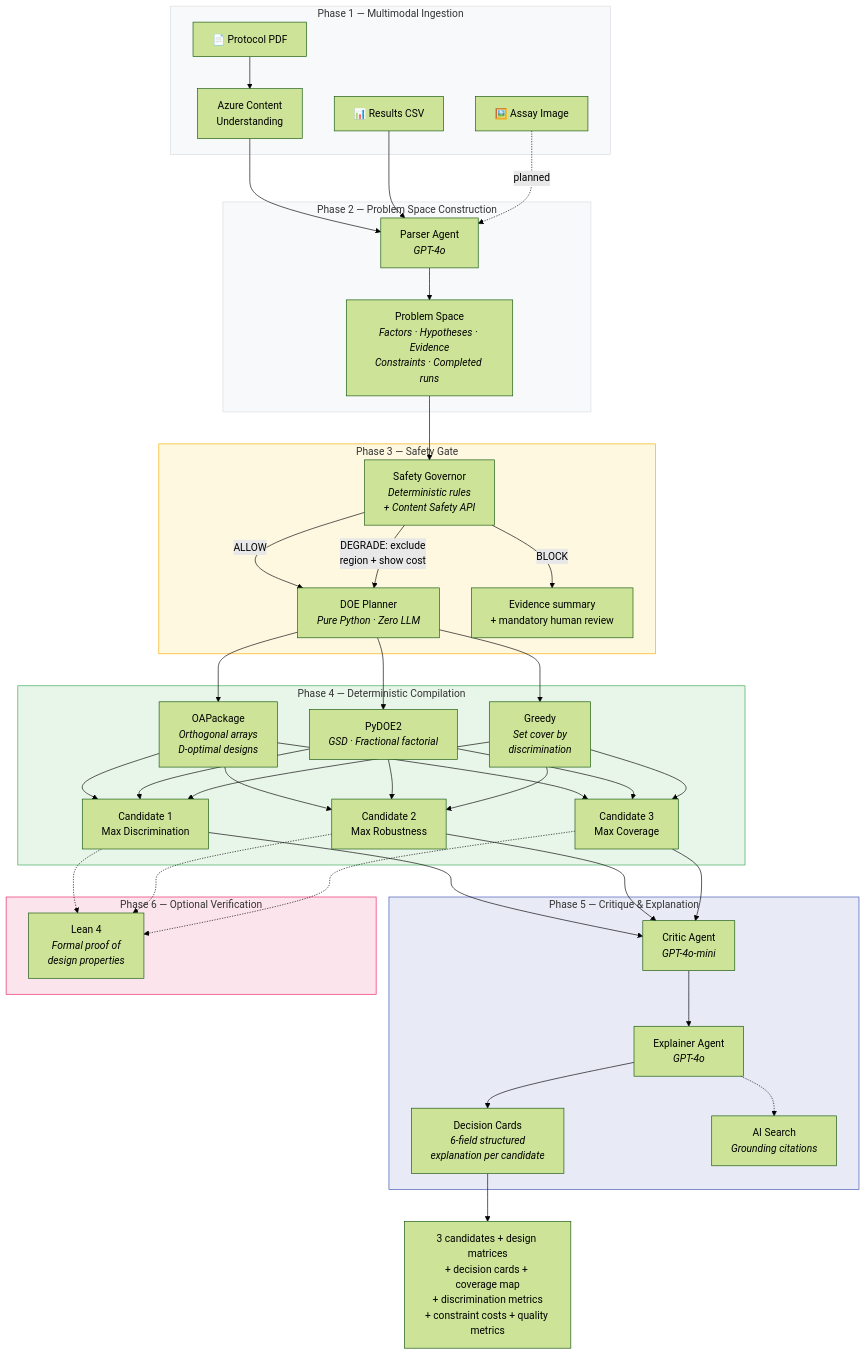
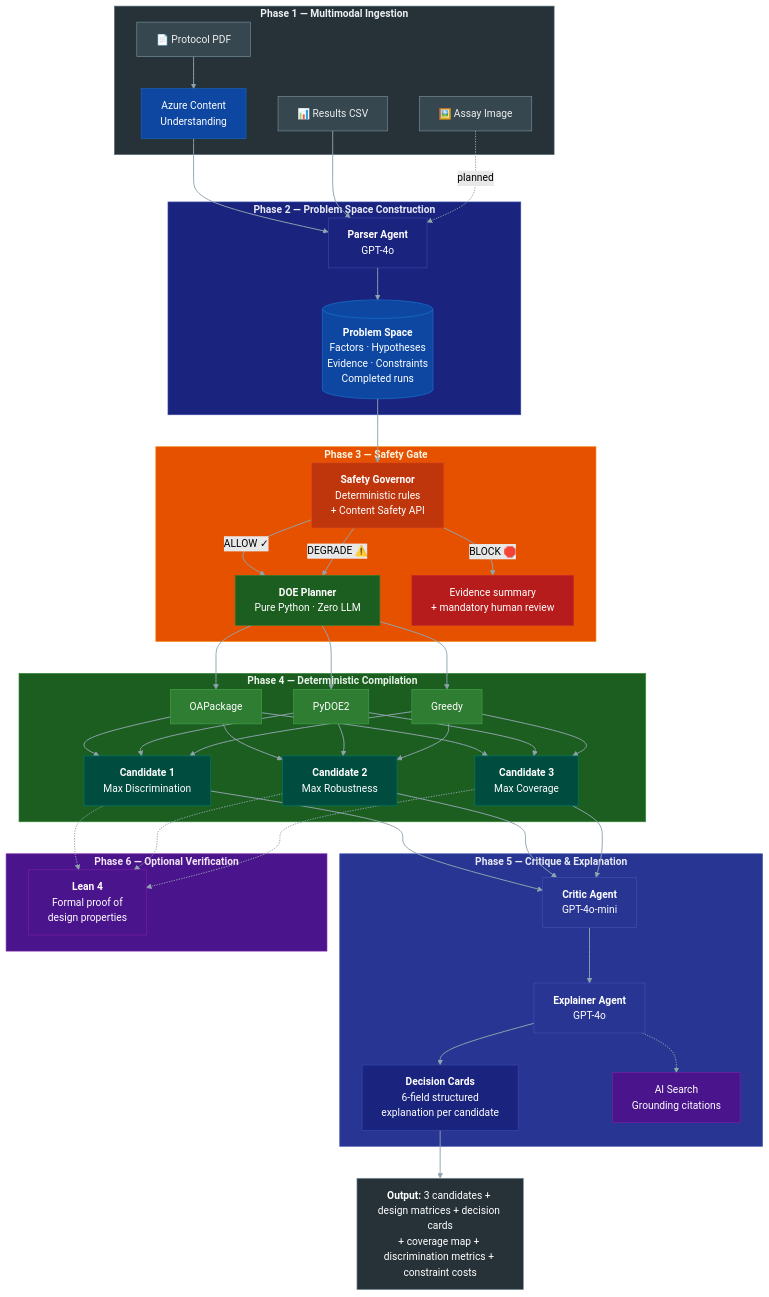
The second of 3 diagrams in README.md (AntonioJesusGarciaPalomo/Tessellarium), drawn with Mermaid (forest theme) before and after one commit. The commit also changed other lines of this file, not shown here.

Commit message:
Mermaid charts improved readability

````diff
--- a/README.md
+++ b/README.md
@@ -73,6 +75,6 @@
 ```mermaid
 flowchart TB
-    subgraph Phase1["Phase 1 — Multimodal Ingestion"]
+    subgraph Phase1["<b>Phase 1 — Multimodal Ingestion</b>"]
         PDF["📄 Protocol PDF"]
         CSV["📊 Results CSV"]
         IMG["🖼️ Assay Image"]
@@ -80,53 +82,83 @@
         PDF --> CU
     end
 
-    subgraph Phase2["Phase 2 — Problem Space Construction"]
-        PA["Parser Agent<br/><i>GPT-4o</i>"]
-        PS["Problem Space<br/><i>Factors · Hypotheses · Evidence<br/>Constraints · Completed runs</i>"]
+    subgraph Phase2["<b>Phase 2 — Problem Space Construction</b>"]
+        PA["<b>Parser Agent</b><br/>GPT-4o"]
+        PS[("<b>Problem Space</b><br/>Factors · Hypotheses<br/>Evidence · Constraints<br/>Completed runs")]
         CU --> PA
         CSV --> PA
-        IMG -.->|planned| PA
+        IMG -.->|"planned"| PA
         PA --> PS
     end
 
-    subgraph Phase3["Phase 3 — Safety Gate"]
-        SG["Safety Governor<br/><i>Deterministic rules<br/>+ Content Safety API</i>"]
+    subgraph Phase3["<b>Phase 3 — Safety Gate</b>"]
+        SG["<b>Safety Governor</b><br/>Deterministic rules<br/>+ Content Safety API"]
         PS --> SG
-        SG -->|"ALLOW"| DOE
-        SG -->|"DEGRADE: exclude<br/>region + show cost"| DOE
-        SG -->|"BLOCK"| Block["Evidence summary<br/>+ mandatory human review"]
+        SG -->|"ALLOW ✓"| DOE
+        SG -->|"DEGRADE ⚠️"| DOE
+        SG -->|"BLOCK 🛑"| Block["Evidence summary<br/>+ mandatory human review"]
     end
 
-    subgraph Phase4["Phase 4 — Deterministic Compilation"]
-        DOE["DOE Planner<br/><i>Pure Python · Zero LLM</i>"]
-        OA["OAPackage<br/><i>Orthogonal arrays<br/>D-optimal designs</i>"]
-        PD["PyDOE2<br/><i>GSD · Fractional factorial</i>"]
-        GR["Greedy<br/><i>Set cover by<br/>discrimination</i>"]
+    subgraph Phase4["<b>Phase 4 — Deterministic Compilation</b>"]
+        DOE["<b>DOE Planner</b><br/>Pure Python · Zero LLM"]
+        OA["OAPackage"]
+        PD["PyDOE2"]
+        GR["Greedy"]
         DOE --> OA & PD & GR
-        OA & PD & GR --> C1["Candidate 1<br/>Max Discrimination"]
-        OA & PD & GR --> C2["Candidate 2<br/>Max Robustness"]
-        OA & PD & GR --> C3["Candidate 3<br/>Max Coverage"]
+        OA & PD & GR --> C1["<b>Candidate 1</b><br/>Max Discrimination"]
+        OA & PD & GR --> C2["<b>Candidate 2</b><br/>Max Robustness"]
+        OA & PD & GR --> C3["<b>Candidate 3</b><br/>Max Coverage"]
     end
 
-    subgraph Phase5["Phase 5 — Critique & Explanation"]
-        CR["Critic Agent<br/><i>GPT-4o-mini</i>"]
-        EX["Explainer Agent<br/><i>GPT-4o</i>"]
-        DC["Decision Cards<br/><i>6-field structured<br/>explanation per candidate</i>"]
+    subgraph Phase5["<b>Phase 5 — Critique & Explanation</b>"]
+        CR["<b>Critic Agent</b><br/>GPT-4o-mini"]
+        EX["<b>Explainer Agent</b><br/>GPT-4o"]
+        DC["<b>Decision Cards</b><br/>6-field structured<br/>explanation per candidate"]
         C1 & C2 & C3 --> CR --> EX --> DC
-        EX -.-> SR["AI Search<br/><i>Grounding citations</i>"]
+        EX -.-> SR["AI Search<br/>Grounding citations"]
     end
 
-    subgraph Phase6["Phase 6 — Optional Verification"]
-        LN["Lean 4<br/><i>Formal proof of<br/>design properties</i>"]
+    subgraph Phase6["<b>Phase 6 — Optional Verification</b>"]
+        LN["<b>Lean 4</b><br/>Formal proof of<br/>design properties"]
         C1 & C2 & C3 -.-> LN
     end
 
-    DC --> OUT["3 candidates + design matrices<br/>+ decision cards + coverage map<br/>+ discrimination metrics<br/>+ constraint costs + quality metrics"]
+    DC --> OUT["<b>Output:</b> 3 candidates + design matrices + decision cards<br/>+ coverage map + discrimination metrics + constraint costs"]
 
-    style Phase1 fill:#f8f9fa,stroke:#dadce0
-    style Phase2 fill:#f8f9fa,stroke:#dadce0
-    style Phase3 fill:#fff8e1,stroke:#f9ab00
-    style Phase4 fill:#e8f5e9,stroke:#34a853
-    style Phase5 fill:#e8eaf6,stroke:#3f51b5
-    style Phase6 fill:#fce4ec,stroke:#e91e63
+    style Phase1 fill:#263238,stroke:#546e7a,color:#eceff1
+    style Phase2 fill:#1a237e,stroke:#3949ab,color:#e8eaf6
+    style Phase3 fill:#e65100,stroke:#f57c00,color:#fff3e0
+    style Phase4 fill:#1b5e20,stroke:#388e3c,color:#e8f5e9
+    style Phase5 fill:#283593,stroke:#3f51b5,color:#e8eaf6
+    style Phase6 fill:#4a148c,stroke:#7b1fa2,color:#f3e5f5
+
+    style PDF fill:#37474f,stroke:#78909c,color:#eceff1
+    style CSV fill:#37474f,stroke:#78909c,color:#eceff1
+    style IMG fill:#37474f,stroke:#78909c,color:#eceff1
+    style CU fill:#0d47a1,stroke:#1565c0,color:#ffffff
+
+    style PA fill:#1a237e,stroke:#3949ab,color:#ffffff
+    style PS fill:#0d47a1,stroke:#1976d2,color:#ffffff
+
+    style SG fill:#bf360c,stroke:#e64a19,color:#ffffff
+    style Block fill:#b71c1c,stroke:#c62828,color:#ffffff
+
+    style DOE fill:#1b5e20,stroke:#2e7d32,color:#ffffff
+    style OA fill:#2e7d32,stroke:#43a047,color:#ffffff
+    style PD fill:#2e7d32,stroke:#43a047,color:#ffffff
+    style GR fill:#2e7d32,stroke:#43a047,color:#ffffff
+    style C1 fill:#004d40,stroke:#00796b,color:#ffffff
+    style C2 fill:#004d40,stroke:#00796b,color:#ffffff
+    style C3 fill:#004d40,stroke:#00796b,color:#ffffff
+
+    style CR fill:#283593,stroke:#3f51b5,color:#ffffff
+    style EX fill:#283593,stroke:#3f51b5,color:#ffffff
+    style DC fill:#1a237e,stroke:#3949ab,color:#ffffff
+    style SR fill:#4a148c,stroke:#7b1fa2,color:#ffffff
+
+    style LN fill:#4a148c,stroke:#7b1fa2,color:#ffffff
+
+    style OUT fill:#263238,stroke:#78909c,color:#ffffff
+
+    linkStyle default stroke:#90a4ae,stroke-width:1.5px
 ```
````
